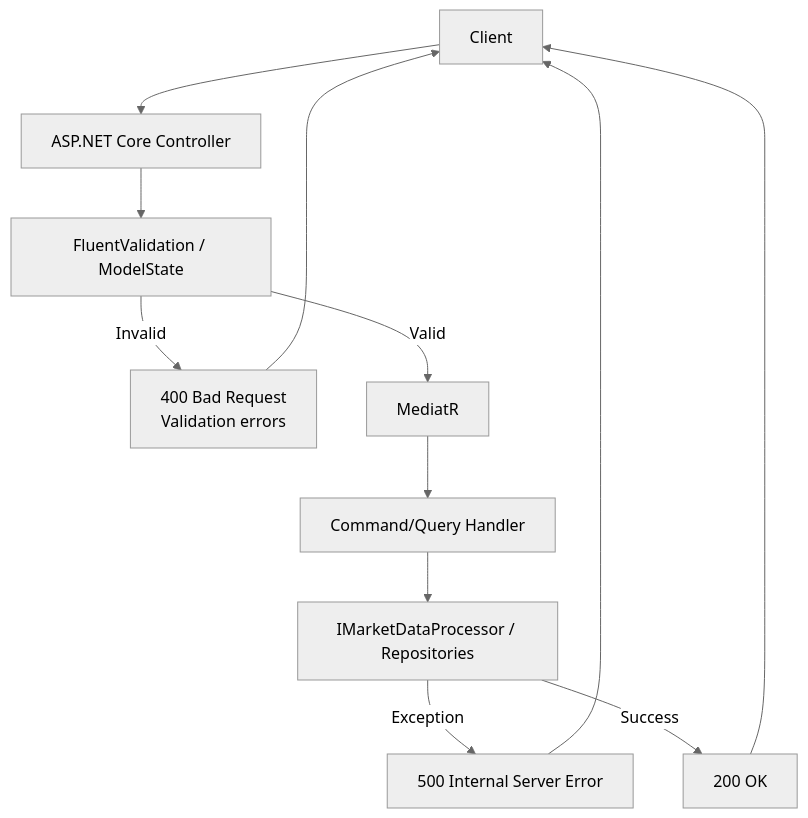
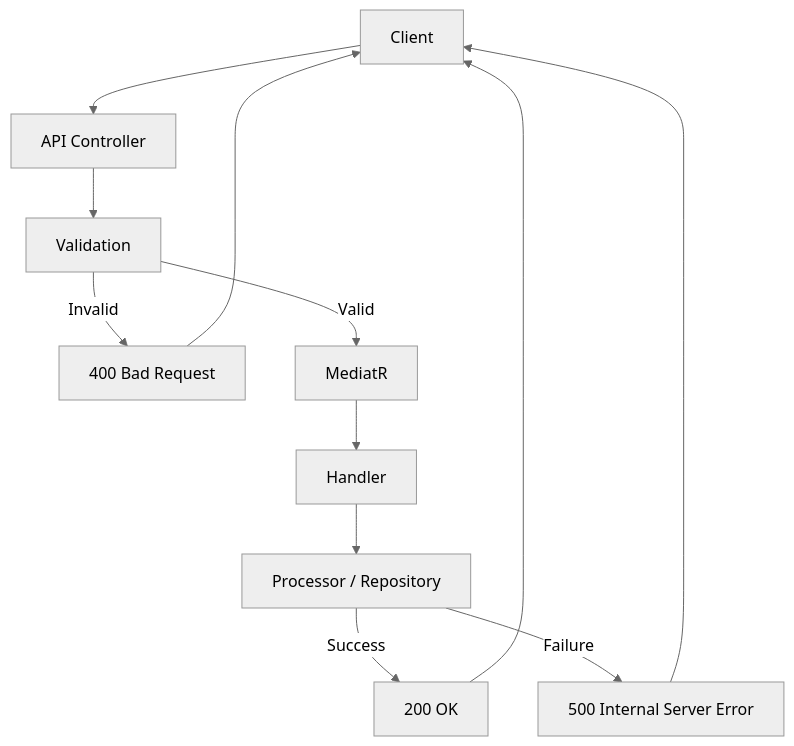
Before and after one commit to yasserebrahimi/MarketDataSystem: the second of 2 diagrams in docs/API.md, drawn with Mermaid (neutral theme). The commit also changed other lines of this file and 8 other files, not shown here.

````diff
--- a/docs/API.md
+++ b/docs/API.md
@@ -312,18 +241,16 @@
 ```mermaid
 flowchart TD
-    Client --> API[ASP.NET Core Controller]
-    API --> VAL[FluentValidation / ModelState]
+    Client["Client"] --> API["API Controller"]
+    API --> VAL["Validation"]
+    VAL -->|Invalid| ERR400["400 Bad Request"]
+    VAL -->|Valid| MED["MediatR"]
+    MED --> HND["Handler"]
+    HND --> DEP["Processor / Repository"]
 
-    VAL -->|Invalid| ERR400[400 Bad Request\nValidation errors]
-    VAL -->|Valid| MED[MediatR]
-
-    MED --> HND[Command/Query Handler]
-    HND --> DEP[IMarketDataProcessor / Repositories]
-
-    DEP -->|Exception| ERR500[500 Internal Server Error]
-    DEP -->|Success| OK200[200 OK]
+    DEP -->|Success| OK["200 OK"]
+    DEP -->|Failure| ERR500["500 Internal Server Error"]
 
     ERR400 --> Client
     ERR500 --> Client
-    OK200 --> Client
+    OK --> Client
 ```
````
